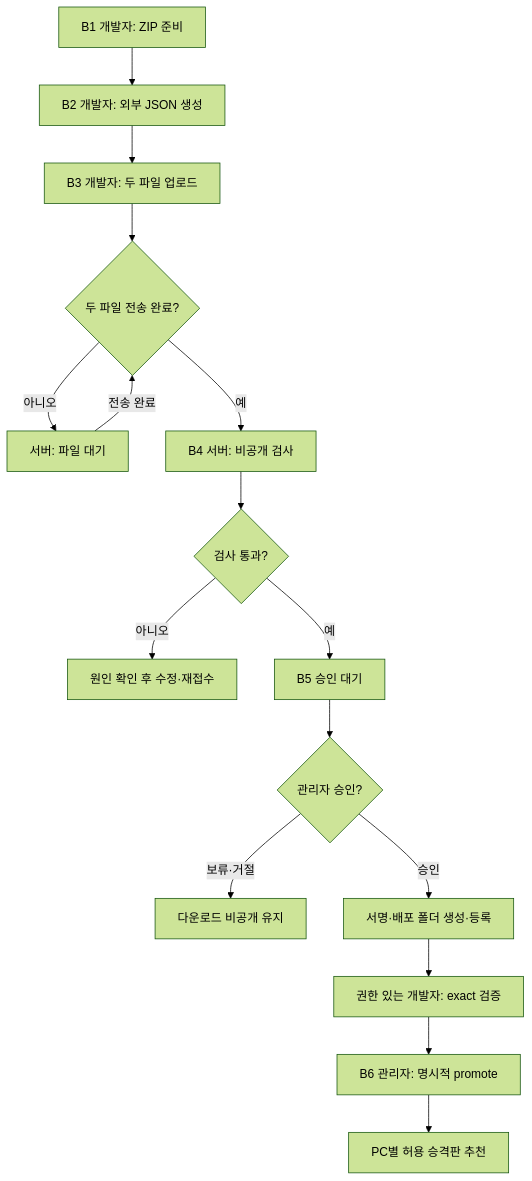
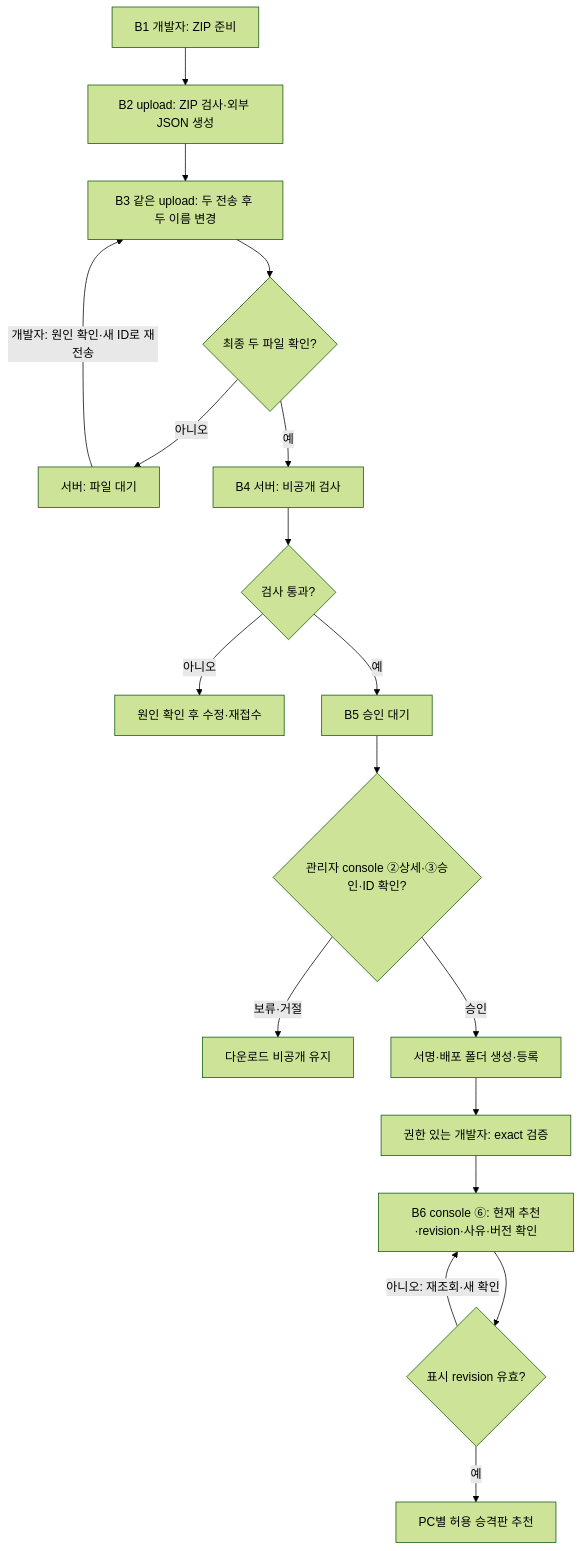
The second of 3 diagrams in docs/reference/feature-workflow.md (YonghoKwon/UE-DT-LAUNCHER), drawn with Mermaid (forest theme) before and after one commit. The commit also changed other lines of this file and 17 other files, not shown here.

Commit message:
docs: document upload console workflows and reconcile sprint evidence

````diff
--- a/docs/reference/feature-workflow.md
+++ b/docs/reference/feature-workflow.md
@@ -208,18 +212,20 @@
 ```mermaid
 flowchart TD
-    package["B1 개발자: ZIP 준비"] --> metadata["B2 개발자: 외부 JSON 생성"]
-    metadata --> upload["B3 개발자: 두 파일 업로드"]
-    upload --> paired{"두 파일 전송 완료?"}
+    package["B1 개발자: ZIP 준비"] --> metadata["B2 upload: ZIP 검사·외부 JSON 생성"]
+    metadata --> upload["B3 같은 upload: 두 전송 후 두 이름 변경"]
+    upload --> paired{"최종 두 파일 확인?"}
     paired -->|"아니오"| waiting["서버: 파일 대기"]
-    waiting -->|"전송 완료"| paired
+    waiting -->|"개발자: 원인 확인·새 ID로 재전송"| upload
     paired -->|"예"| validate["B4 서버: 비공개 검사"]
     validate --> valid{"검사 통과?"}
     valid -->|"아니오"| fix["원인 확인 후 수정·재접수"]
     valid -->|"예"| pending["B5 승인 대기"]
-    pending --> approved{"관리자 승인?"}
+    pending --> approved{"관리자 console ②상세·③승인·ID 확인?"}
     approved -->|"보류·거절"| private["다운로드 비공개 유지"]
     approved -->|"승인"| publish["서명·배포 폴더 생성·등록"]
     publish --> developer["권한 있는 개발자: exact 검증"]
-    developer --> promote["B6 관리자: 명시적 promote"]
-    promote --> visible["PC별 허용 승격판 추천"]
+    developer --> promote["B6 console ⑥: 현재 추천·revision·사유·버전 확인"]
+    promote --> revision{"표시 revision 유효?"}
+    revision -->|"예"| visible["PC별 허용 승격판 추천"]
+    revision -->|"아니오: 재조회·새 확인"| promote
 ```
````
